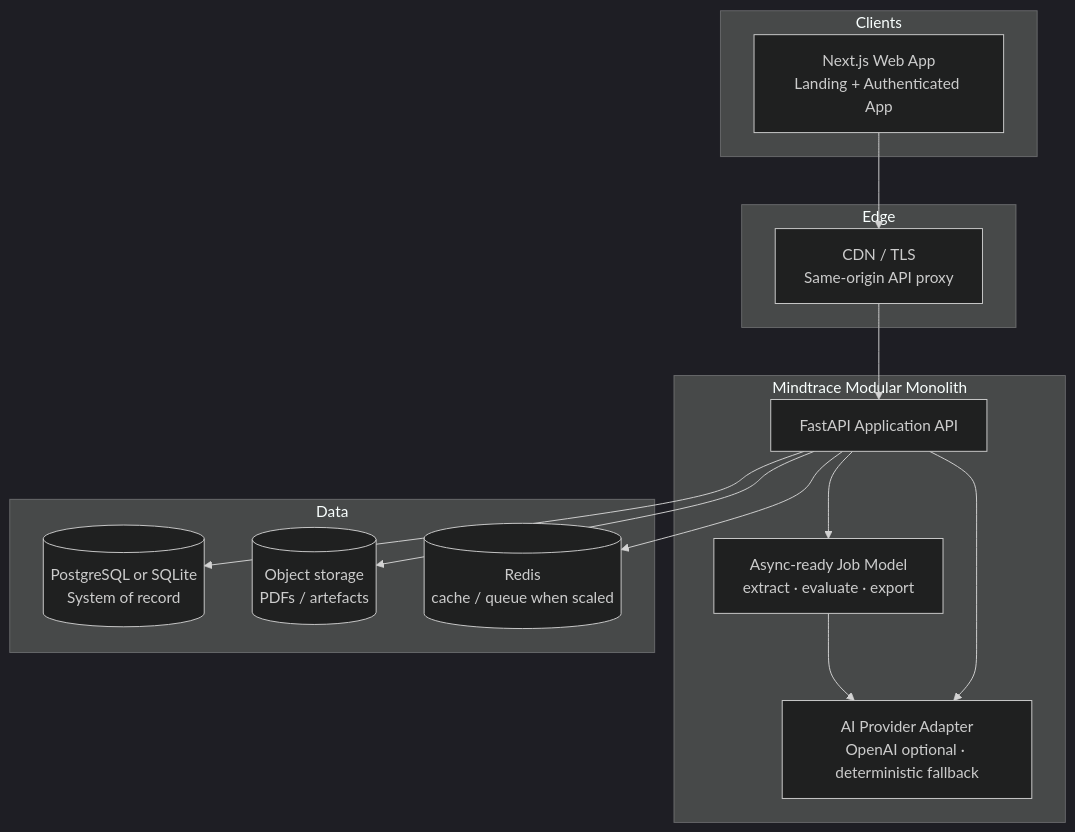
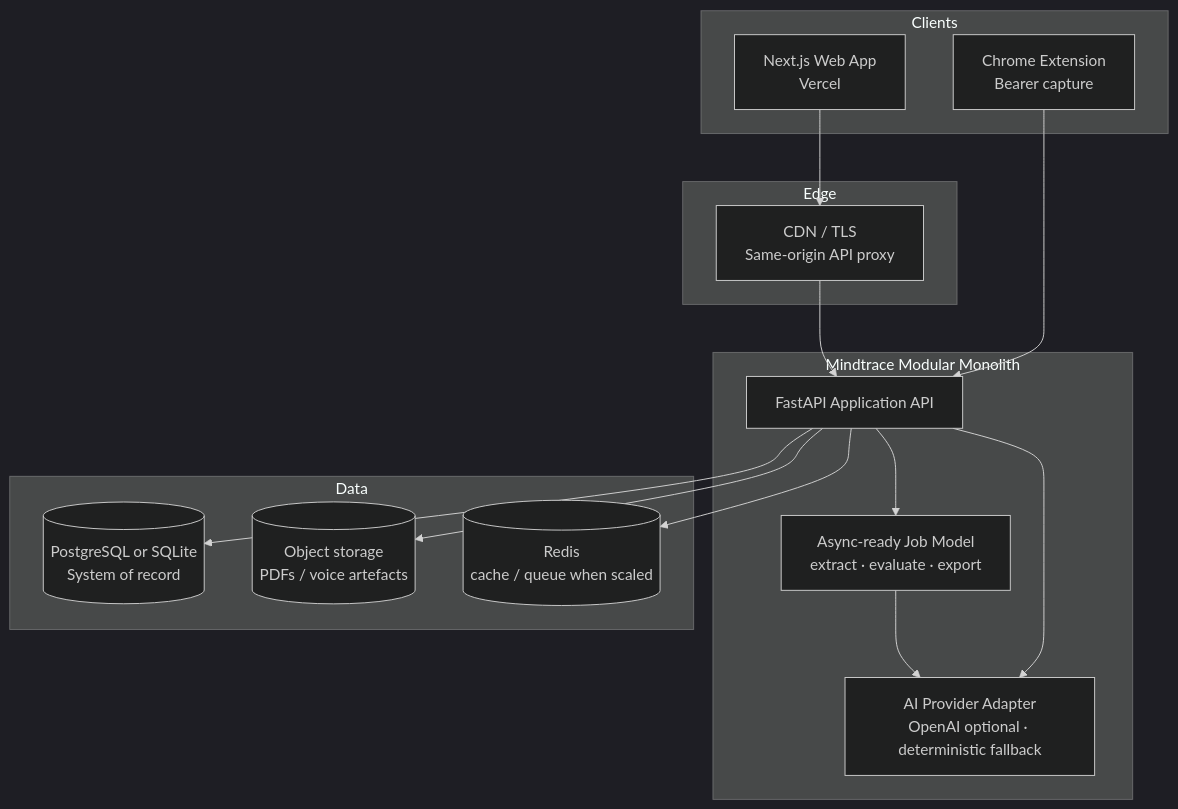
One commit to harshmriduhash/Mindtrace changed the first of 5 diagrams in README.md. Above: the diagram before and after it, drawn with Mermaid (dark theme). The commit also changed other lines of this file and 28 other files, not shown here.

First line of the commit message:
Ship P1 Skill Passport, browser capture, and voice practice.

````diff
--- a/README.md
+++ b/README.md
@@ -180,30 +191,32 @@
 ```mermaid
 flowchart TB
   subgraph Clients
-    WEB["Next.js Web App<br/>Landing + Authenticated App"]
+    WEB["Next.js Web App<br/>Vercel"]
+    EXT["Chrome Extension<br/>Bearer capture"]
   end
 
   subgraph Edge
     CDN["CDN / TLS<br/>Same-origin API proxy"]
   end
 
   subgraph Platform["Mindtrace Modular Monolith"]
     API["FastAPI Application API"]
     WORK["Async-ready Job Model<br/>extract · evaluate · export"]
     AI["AI Provider Adapter<br/>OpenAI optional · deterministic fallback"]
   end
 
   subgraph Data
     DB[("PostgreSQL or SQLite<br/>System of record")]
-    OBJ[("Object storage<br/>PDFs / artefacts")]
+    OBJ[("Object storage<br/>PDFs / voice artefacts")]
     REDIS[("Redis<br/>cache / queue when scaled")]
   end
 
   WEB --> CDN --> API
+  EXT --> API
   API --> DB
   API --> OBJ
   API --> REDIS
   API --> WORK
   WORK --> AI
   API --> AI
 ```
````
